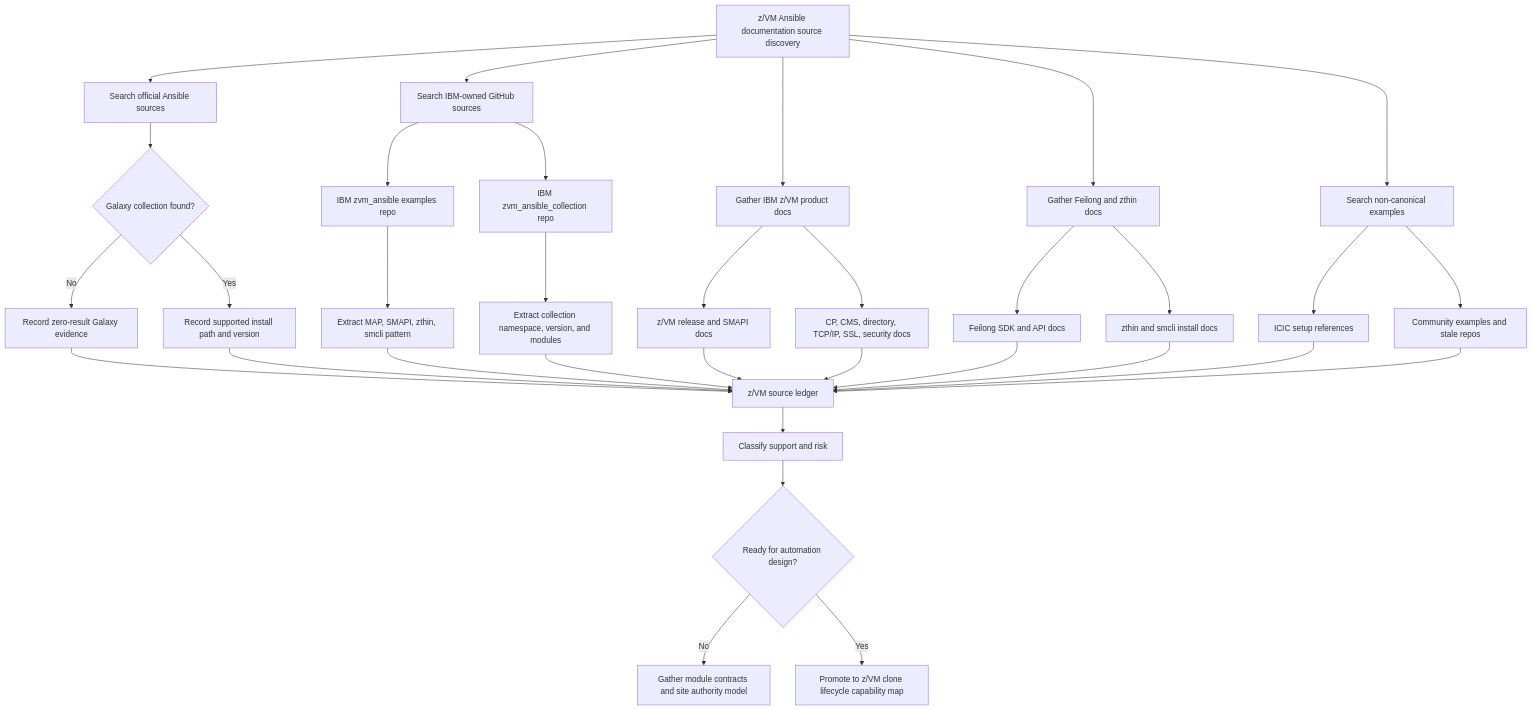
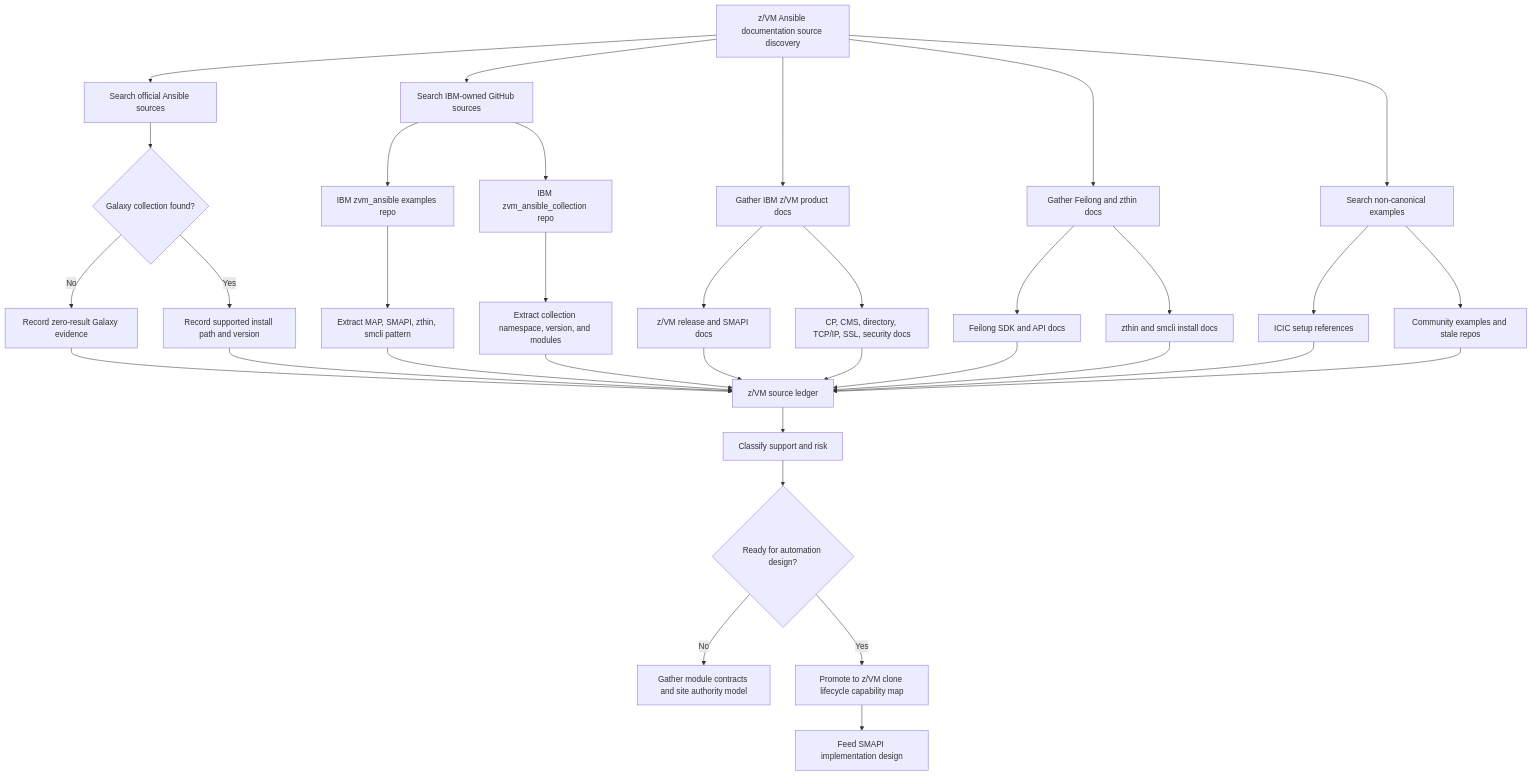
The diagram in docs/diagrams/zvm-ansible-documentation-sources-flow.mmd (tboatman/zos-provision), drawn with Mermaid before and after one commit. The commit also changed 13 other files, not shown here.

Commit message:
Add zVM SMAPI implementation design

```diff
--- a/docs/diagrams/zvm-ansible-documentation-sources-flow.mmd
+++ b/docs/diagrams/zvm-ansible-documentation-sources-flow.mmd
@@ -1,40 +1,41 @@
 flowchart TD
     A["z/VM Ansible documentation source discovery"] --> B["Search official Ansible sources"]
     A --> C["Search IBM-owned GitHub sources"]
     A --> D["Gather IBM z/VM product docs"]
     A --> E["Gather Feilong and zthin docs"]
     A --> F["Search non-canonical examples"]
 
     B --> G{"Galaxy collection found?"}
     G -- "No" --> H["Record zero-result Galaxy evidence"]
     G -- "Yes" --> I["Record supported install path and version"]
 
     C --> J["IBM zvm_ansible examples repo"]
     C --> K["IBM zvm_ansible_collection repo"]
     J --> L["Extract MAP, SMAPI, zthin, smcli pattern"]
     K --> M["Extract collection namespace, version, and modules"]
 
     D --> N["z/VM release and SMAPI docs"]
     D --> O["CP, CMS, directory, TCP/IP, SSL, security docs"]
 
     E --> P["Feilong SDK and API docs"]
     E --> Q["zthin and smcli install docs"]
 
     F --> R["ICIC setup references"]
     F --> S["Community examples and stale repos"]
 
     H --> T["z/VM source ledger"]
     I --> T
     L --> T
     M --> T
     N --> T
     O --> T
     P --> T
     Q --> T
     R --> T
     S --> T
 
     T --> U["Classify support and risk"]
     U --> V{"Ready for automation design?"}
     V -- "No" --> W["Gather module contracts and site authority model"]
     V -- "Yes" --> X["Promote to z/VM clone lifecycle capability map"]
+    X --> Y["Feed SMAPI implementation design"]
```
